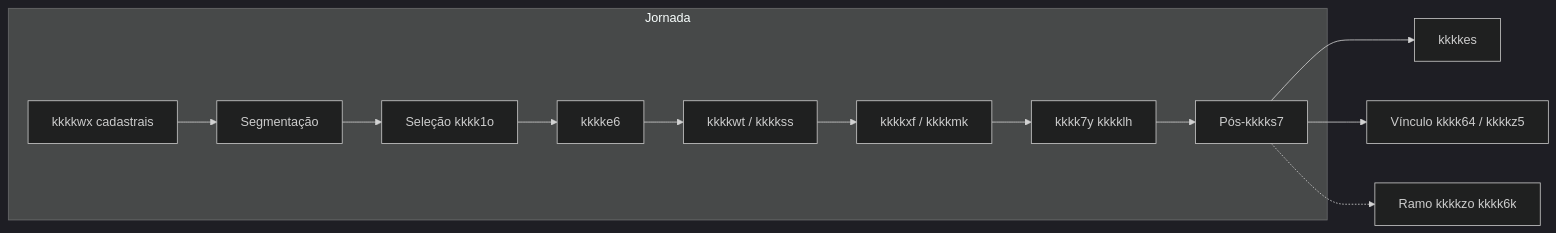
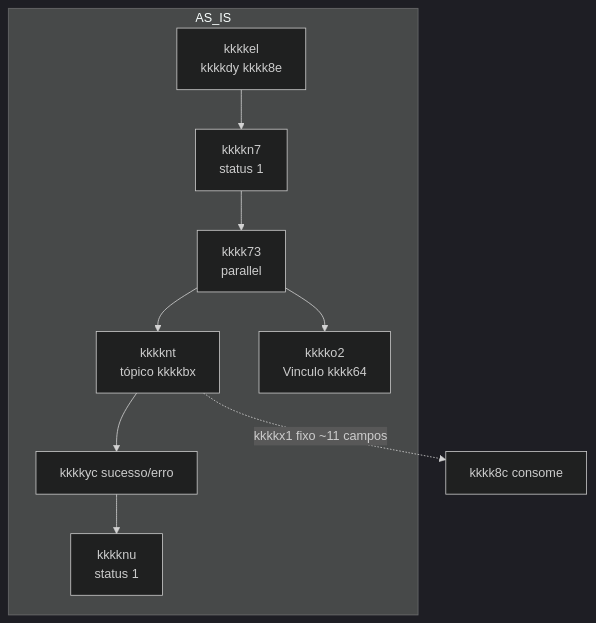
The first of 3 diagrams in Java/m.md (fabaodevudi/outros-codigos), drawn with Mermaid (dark theme) before and after one commit. The commit also changed other lines of this file, not shown here.

````diff
--- a/Java/m.md
+++ b/Java/m.md
@@ -94,15 +93,13 @@
 ```mermaid
-flowchart LR
-  subgraph Jornada
-    A[kkkkwx cadastrais] --> B[Segmentação]
-    B --> C[Seleção kkkk1o]
-    C --> D[kkkke6]
-    D --> E[kkkkwt / kkkkss]
-    E --> F[kkkkxf / kkkkmk]
-    F --> G[kkkk7y kkkklh]
-    G --> H[Pós-kkkks7]
+flowchart TB
+  subgraph AS_IS
+    EFC[kkkkel<br/>kkkkdy kkkk8e]
+    EFC --> PEC[kkkkn7<br/>status 1]
+    PEC --> GW[kkkk73<br/>parallel]
+    GW --> R1[kkkknt<br/>tópico kkkkbx]
+    GW --> R2[kkkko2<br/>Vinculo kkkk64]
+    R1 --> EVT[kkkkyc sucesso/erro]
+    EVT --> APSC[kkkknu<br/>status 1]
   end
-  H --> I[kkkkes]
-  H --> J[Vínculo kkkk64 / kkkkz5]
-  H -.-> K[Ramo kkkkzo kkkk6k]
+  R1 -.->|kkkkx1 fixo ~11 campos| SETUP[kkkk8c consome]
 ```
````
